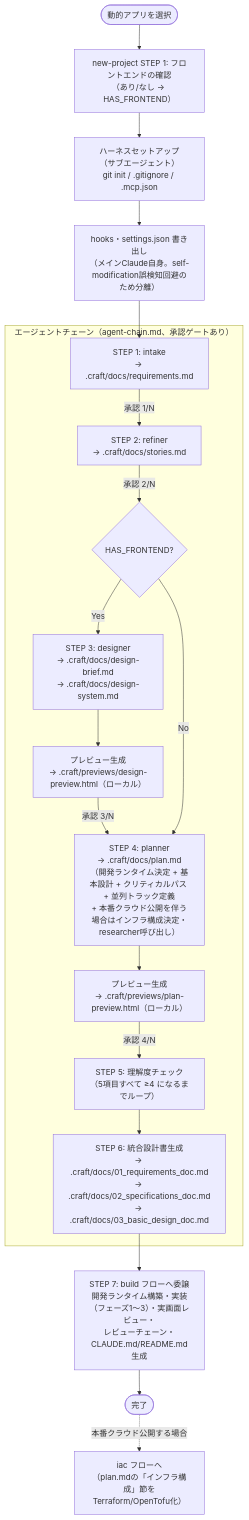
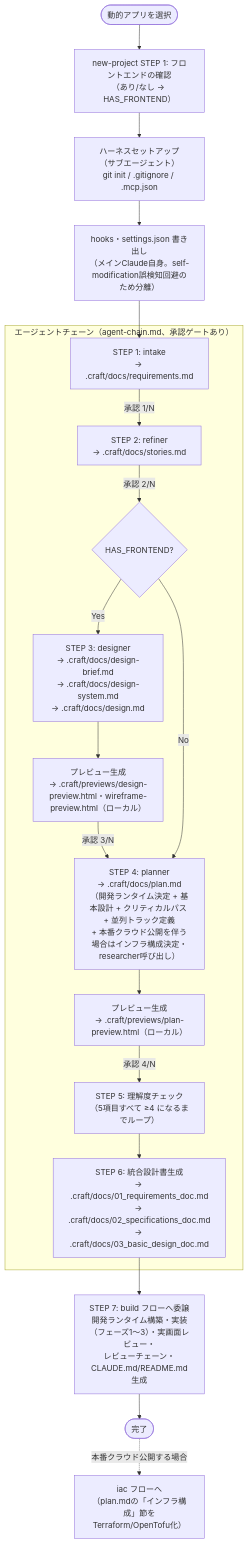
One commit to agaemo/dotfiles changed the diagram in claude/skills/craft/flows/new-project/README.md. Above: the diagram before and after it, drawn with Mermaid. The commit also changed other lines of this file and 10 other files, not shown here.

````diff
--- a/claude/skills/craft/flows/new-project/README.md
+++ b/claude/skills/craft/flows/new-project/README.md
@@ -6,37 +6,37 @@
 ```mermaid
 flowchart TD
     START([動的アプリを選択]) --> S0
 
     S0["new-project STEP 1: フロントエンドの確認\n（あり/なし → HAS_FRONTEND）"]
     S0 --> SETUP
 
     SETUP["ハーネスセットアップ\n（サブエージェント）\ngit init / .gitignore / .mcp.json"]
     SETUP --> SETUP2["hooks・settings.json 書き出し\n（メインClaude自身。self-modification誤検知回避のため分離）"]
     SETUP2 --> S1
 
     subgraph DESIGN["エージェントチェーン（agent-chain.md、承認ゲートあり）"]
         S1["STEP 1: intake\n→ .craft/docs/requirements.md"]
         S1 -->|承認 1/N| S2
         S2["STEP 2: refiner\n→ .craft/docs/stories.md"]
         S2 -->|承認 2/N| S3_CHECK
 
         S3_CHECK{HAS_FRONTEND?}
-        S3_CHECK -->|Yes| S3["STEP 3: designer\n→ .craft/docs/design-brief.md\n→ .craft/docs/design-system.md"]
-        S3 --> S3P["プレビュー生成\n→ .craft/previews/design-preview.html（ローカル）"]
+        S3_CHECK -->|Yes| S3["STEP 3: designer\n→ .craft/docs/design-brief.md\n→ .craft/docs/design-system.md\n→ .craft/docs/design.md"]
+        S3 --> S3P["プレビュー生成\n→ .craft/previews/design-preview.html・wireframe-preview.html（ローカル）"]
         S3P -->|承認 3/N| S4
         S3_CHECK -->|No| S4
 
         S4["STEP 4: planner\n→ .craft/docs/plan.md\n（開発ランタイム決定 + 基本設計 + クリティカルパス + 並列トラック定義\n+ 本番クラウド公開を伴う場合はインフラ構成決定・researcher呼び出し）"]
         S4 --> S4P["プレビュー生成\n→ .craft/previews/plan-preview.html（ローカル）"]
         S4P -->|承認 4/N| S45
         S45["STEP 5: 理解度チェック\n（5項目すべて ≥4 になるまでループ）"]
         S45 --> S5
     end
 
     S5["STEP 6: 統合設計書生成\n→ .craft/docs/01_requirements_doc.md\n→ .craft/docs/02_specifications_doc.md\n→ .craft/docs/03_basic_design_doc.md"]
     S5 --> S6
 
     S6["STEP 7: build フローへ委譲\n開発ランタイム構築・実装（フェーズ1〜3）・実画面レビュー・\nレビューチェーン・CLAUDE.md/README.md生成"]
     S6 --> END([完了])
     END -.->|本番クラウド公開する場合| IAC["iac フローへ\n（plan.mdの「インフラ構成」節をTerraform/OpenTofu化）"]
 ```
````
